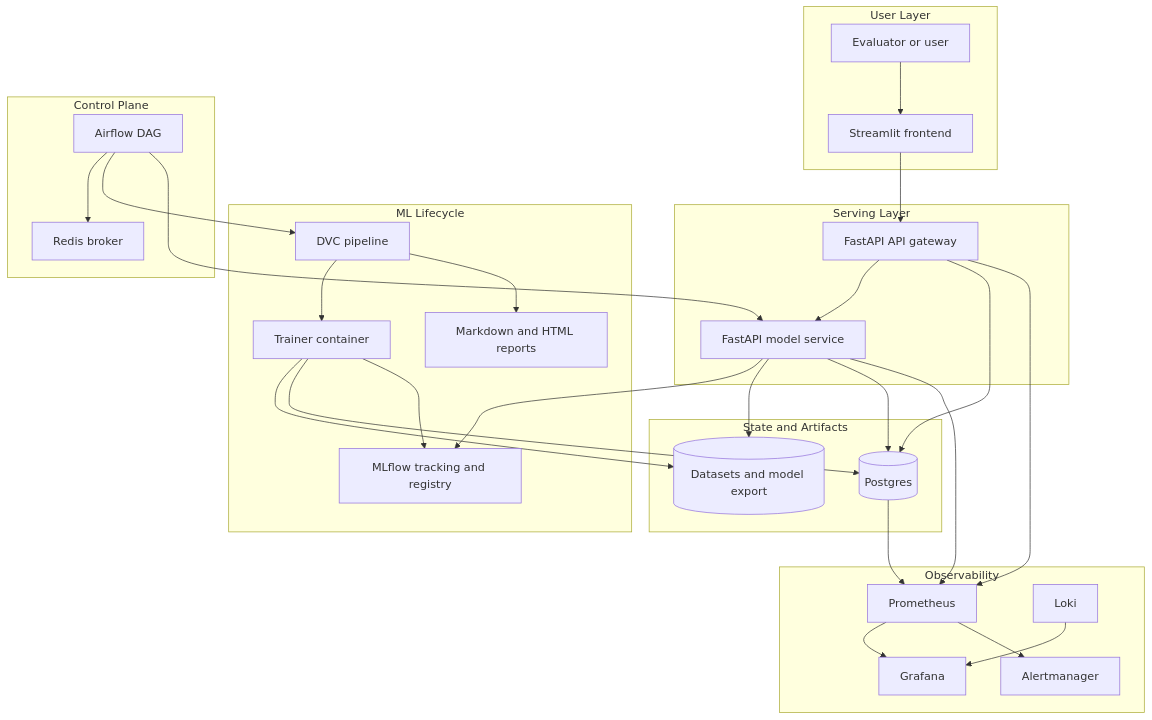
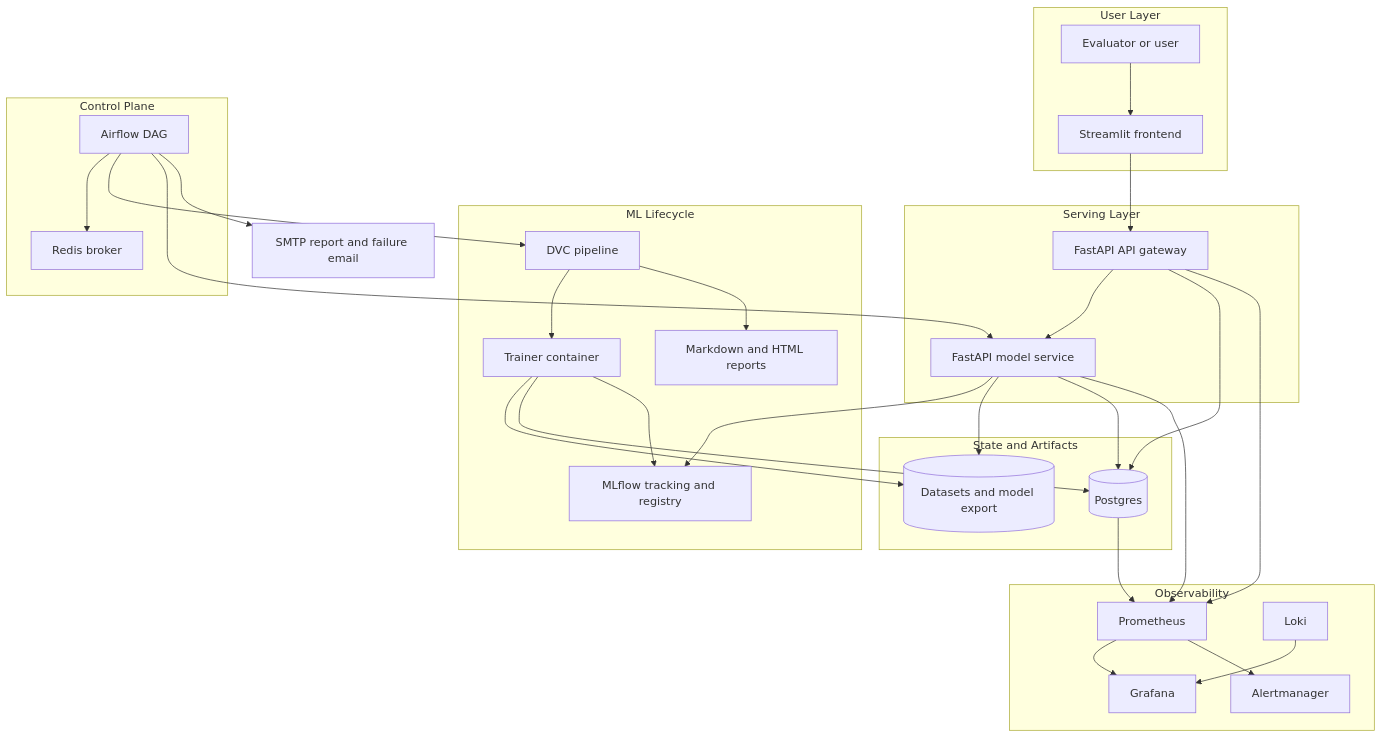
The first of 6 diagrams in docs/01_ARCHITECTURE.md (swadeshbalajee/galaxy_morphology_fp), drawn with Mermaid before and after one commit. The commit also changed other lines of this file and 12 other files, not shown here.

````diff
--- a/docs/01_ARCHITECTURE.md
+++ b/docs/01_ARCHITECTURE.md
@@ -7,56 +7,57 @@
 ```mermaid
 flowchart TB
   subgraph UI["User Layer"]
     User[Evaluator or user]
     Frontend[Streamlit frontend]
   end
 
   subgraph Serving["Serving Layer"]
     API[FastAPI API gateway]
     Model[FastAPI model service]
   end
 
   subgraph ML["ML Lifecycle"]
     DVC[DVC pipeline]
     Trainer[Trainer container]
     MLflow[MLflow tracking and registry]
     Reports[Markdown and HTML reports]
   end
 
   subgraph Control["Control Plane"]
     Airflow[Airflow DAG]
     Redis[Redis broker]
   end
 
   subgraph State["State and Artifacts"]
     PG[(Postgres)]
     Files[(Datasets and model export)]
   end
 
   subgraph Obs["Observability"]
     Prom[Prometheus]
     Grafana[Grafana]
     Loki[Loki]
     Alert[Alertmanager]
   end
 
   User --> Frontend --> API --> Model
   API --> PG
   Model --> MLflow
   Model --> Files
   Model --> PG
   Airflow --> Redis
   Airflow --> DVC
   DVC --> Trainer
   Trainer --> Files
   Trainer --> PG
   Trainer --> MLflow
   DVC --> Reports
   Airflow --> Model
   API --> Prom
   Model --> Prom
   PG --> Prom
   Prom --> Grafana
   Loki --> Grafana
   Prom --> Alert
+  Airflow --> Email[SMTP report and failure email]
 ```
````
